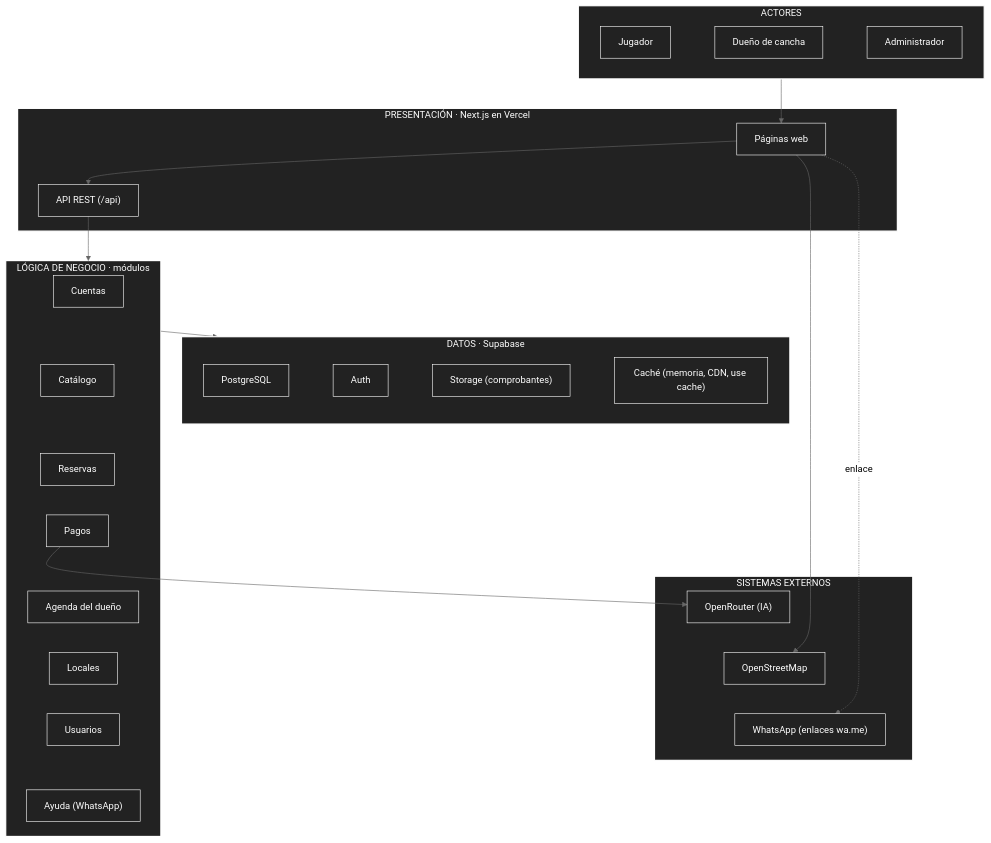
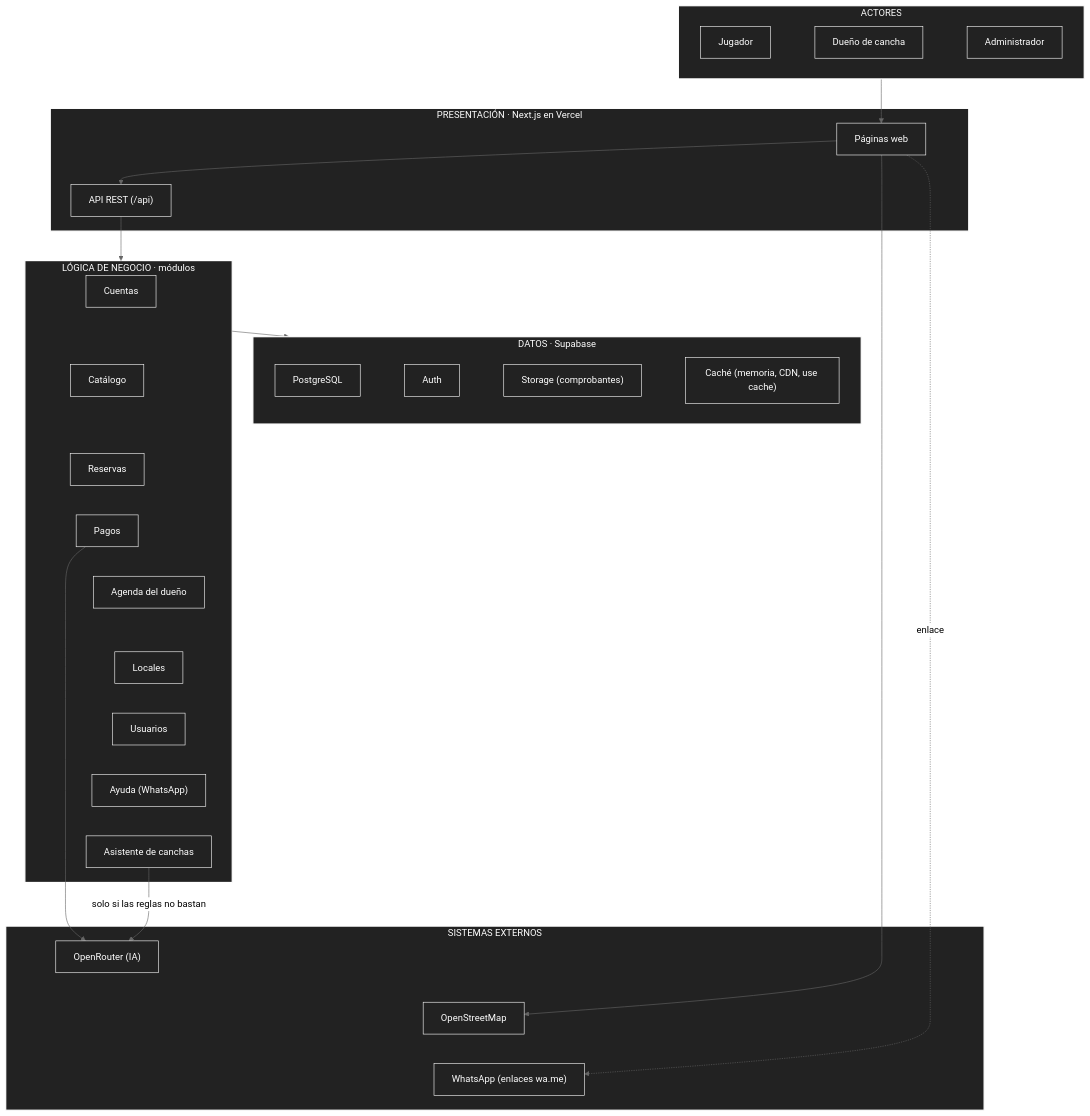
Before and after one commit to edhtsprado27-bit/ReservaYa-Ayacucho: the diagram in docs/02-arquitectura-software/arquitectura-inicial.md, drawn with Mermaid (neutral theme). The commit also changed other lines of this file and 33 other files, not shown here.

Commit message:
docs: spec 013, ADR-015 y documentos y diagramas actualizados con el asistente

```diff
--- a/docs/02-arquitectura-software/arquitectura-inicial.md
+++ b/docs/02-arquitectura-software/arquitectura-inicial.md
@@ -34,6 +34,7 @@
     Locales["Locales"]
     Usuarios["Usuarios"]
     Soporte["Ayuda (WhatsApp)"]
+    Asistente["Asistente de canchas"]
 end
 
 %% =========================
@@ -67,6 +68,7 @@
 %% INTEGRACIONES EXTERNAS
 %% =========================
 Pagos --> OpenRouter
+Asistente -- "solo si las reglas no bastan" --> OpenRouter
 Web --> OSM
 Web -. "enlace" .-> WhatsApp
 
@@ -83,6 +85,7 @@
 Agenda ~~~ Locales
 Locales ~~~ Usuarios
 Usuarios ~~~ Soporte
+Soporte ~~~ Asistente
 
 BD ~~~ Auth
 Auth ~~~ Archivos
@@ -115,6 +118,7 @@
 style Locales fill:#222,stroke:#fff,color:#fff
 style Usuarios fill:#222,stroke:#fff,color:#fff
 style Soporte fill:#222,stroke:#fff,color:#fff
+style Asistente fill:#222,stroke:#fff,color:#fff
 
 style BD fill:#222,stroke:#fff,color:#fff
 style Auth fill:#222,stroke:#fff,color:#fff
```
